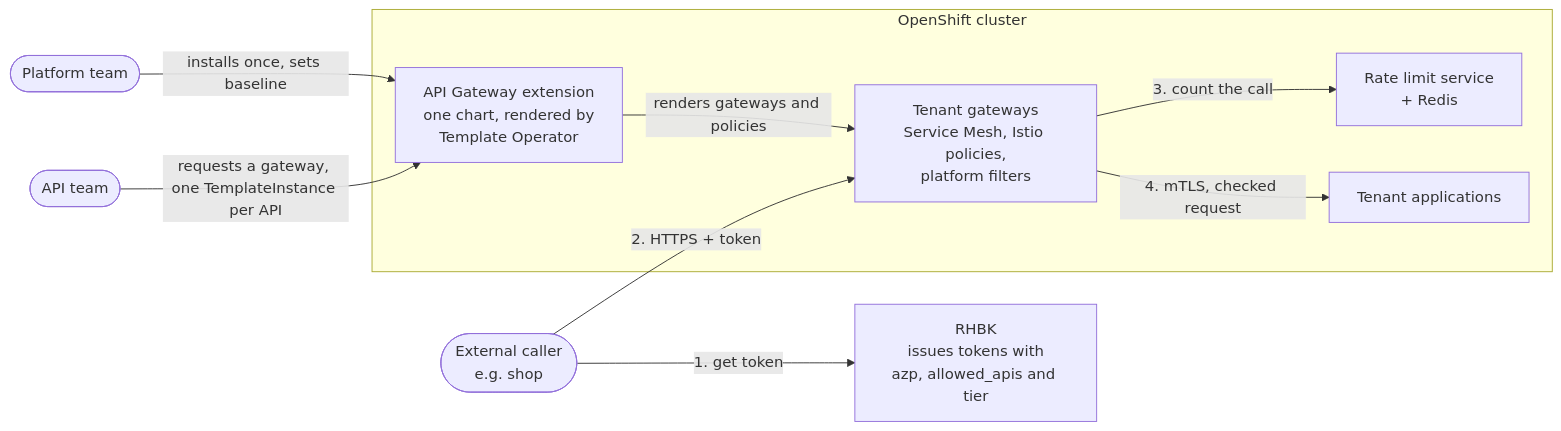
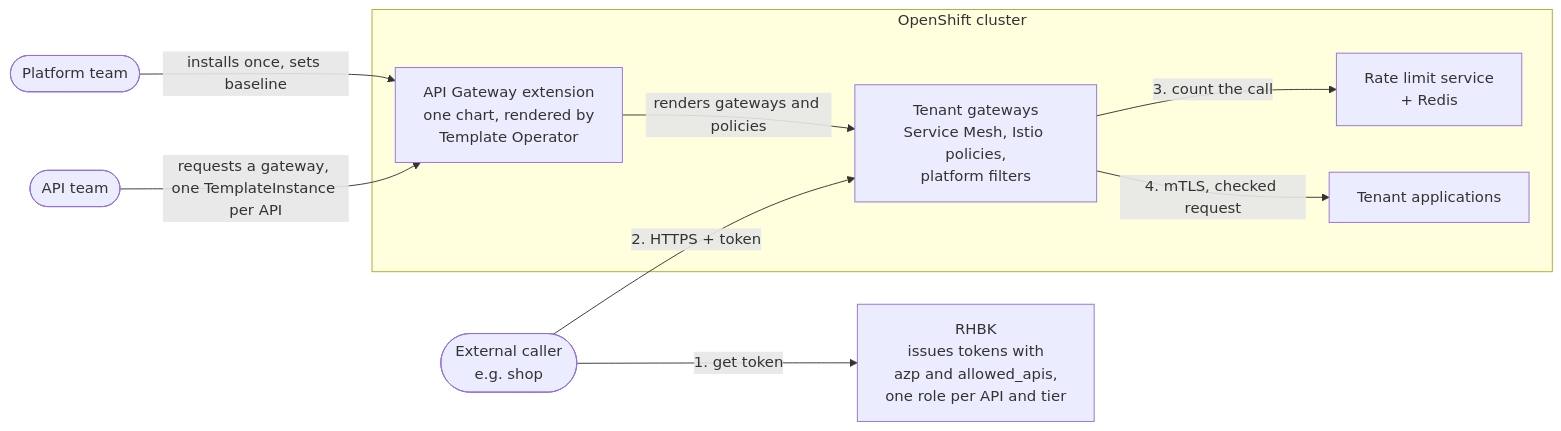
One commit to stakater/mto-extension-api-gateway changed the first of 6 diagrams in docs/diagrams.md. Above: the diagram before and after it, drawn with Mermaid. The commit also changed other lines of this file and 29 other files, not shown here.

````diff
--- a/docs/diagrams.md
+++ b/docs/diagrams.md
@@ -9,20 +9,20 @@
 ```mermaid
 flowchart LR
   caller([External caller<br/>e.g. shop])
-  idp[RHBK<br/>issues tokens with<br/>azp, allowed_apis and tier]
+  idp[RHBK<br/>issues tokens with<br/>azp and allowed_apis,<br/>one role per API and tier]
   platform([Platform team])
   team([API team])
   subgraph cluster[OpenShift cluster]
     ext[API Gateway extension<br/>one chart, rendered by<br/>Template Operator]
     gw[Tenant gateways<br/>Service Mesh, Istio policies,<br/>platform filters]
     rl[Rate limit service<br/>+ Redis]
     apps[Tenant applications]
   end
   caller -->|1. get token| idp
   caller -->|2. HTTPS + token| gw
   gw -->|3. count the call| rl
   gw -->|4. mTLS, checked request| apps
   platform -->|installs once, sets baseline| ext
   team -->|requests a gateway, one TemplateInstance per API| ext
   ext -->|renders gateways and policies| gw
 ```
````
